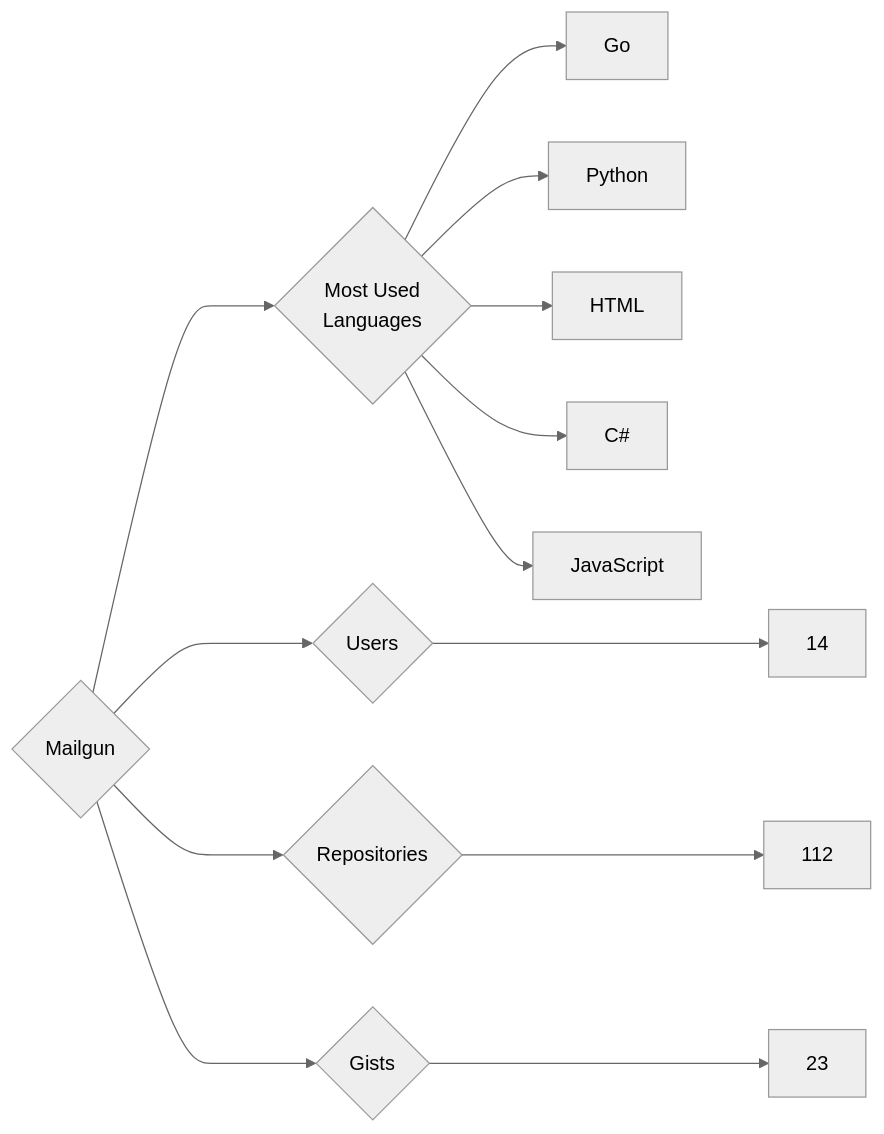
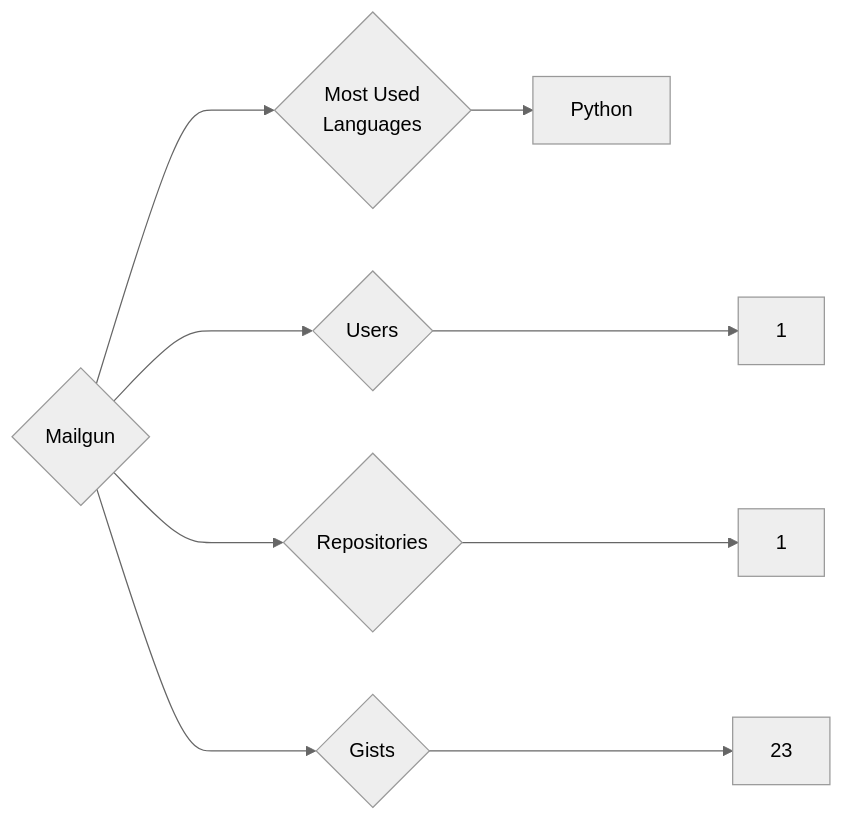
The diagram in targets/Mailgun/README.md (trickest/insiders), drawn with Mermaid (neutral theme) before and after one commit. The commit also changed 925 other files, not shown here.

````diff
--- a/targets/Mailgun/README.md
+++ b/targets/Mailgun/README.md
@@ -3,13 +3,9 @@
 ```mermaid
 graph LR
 COMPANY_NAME{Mailgun}
-COMPANY_NAME ---> U{Users} ---> UN[14]
-COMPANY_NAME ---> R{Repositories} ---> RN[112]
+COMPANY_NAME ---> U{Users} ---> UN[1]
+COMPANY_NAME ---> R{Repositories} ---> RN[1]
 COMPANY_NAME ---> G{Gists} ---> GN[23]
 COMPANY_NAME ---> ML{Most Used<br>Languages}
-ML --> Go[Go]
 ML --> Python[Python]
-ML --> HTML[HTML]
-ML --> C#[C#]
-ML --> JavaScript[JavaScript]
 ```
````
